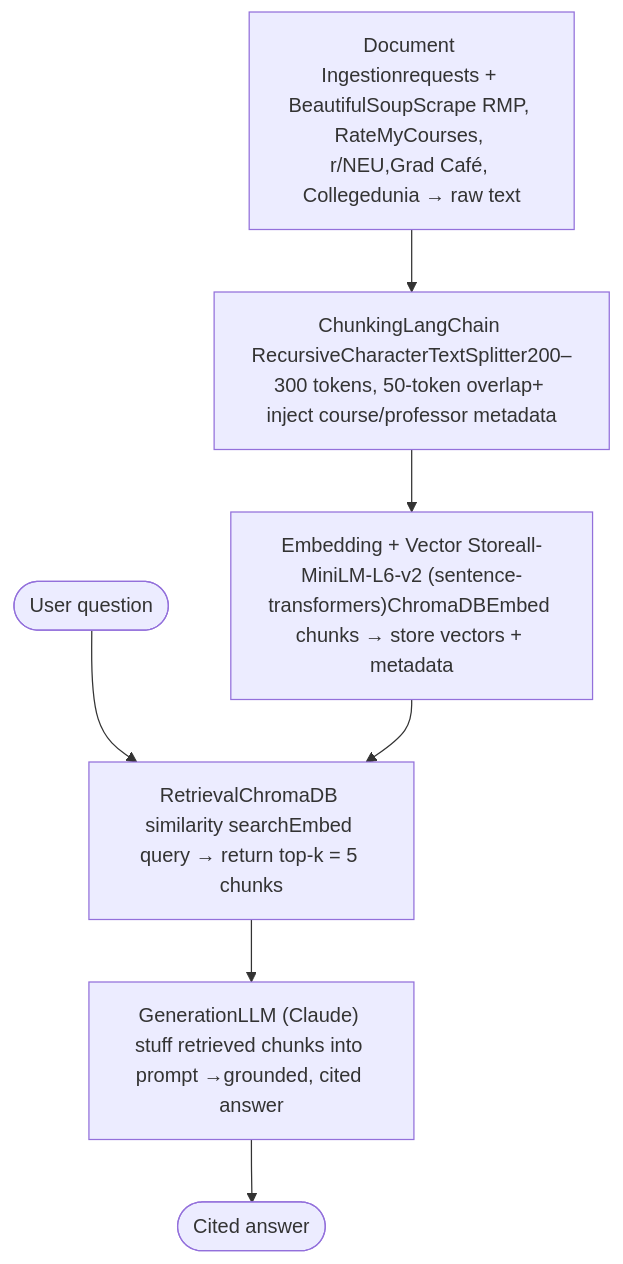
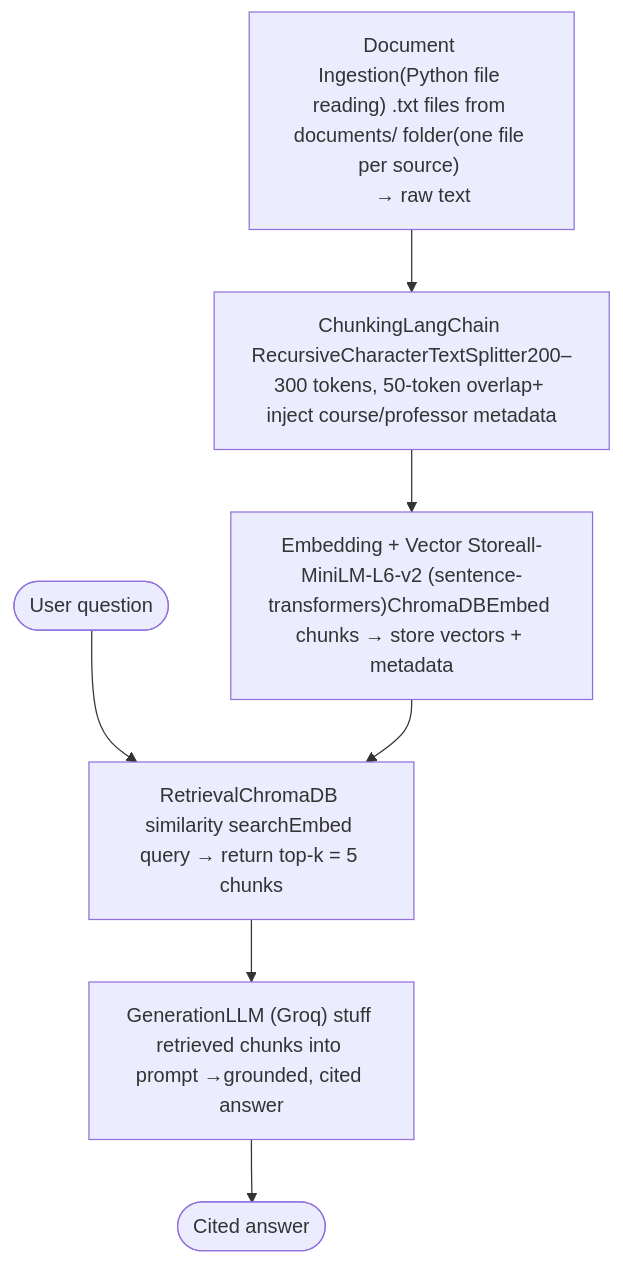
Before and after one commit to bhoomig11/ai201-project1-unofficial-guide-starter: the diagram in planning.md, drawn with Mermaid. The commit also changed other lines of this file, not shown here.

````diff
--- a/planning.md
+++ b/planning.md
@@ -127,11 +127,12 @@
 ```mermaid
 flowchart TD
-    A["Document Ingestionrequests + BeautifulSoupScrape RMP, RateMyCourses, r/NEU,Grad Café, Collegedunia → raw text"]
+    A["Document Ingestion(Python file reading) .txt files from documents/ folder(one file per source) 
+    → raw text"]
     B["ChunkingLangChain RecursiveCharacterTextSplitter200–300 tokens, 50-token overlap+ inject course/professor metadata"]
     C["Embedding + Vector Storeall-MiniLM-L6-v2 (sentence-transformers)ChromaDBEmbed chunks → store vectors + metadata"]
     D["RetrievalChromaDB similarity searchEmbed query → return top-k = 5 chunks"]
-    E["GenerationLLM (Claude) stuff retrieved chunks into prompt →grounded, cited answer"]
+    E["GenerationLLM (Groq) stuff retrieved chunks into prompt →grounded, cited answer"]
 
     Q(["User question"]) --> D
     A --> B --> C --> D --> E --> ANS(["Cited answer"])
 ```
````
